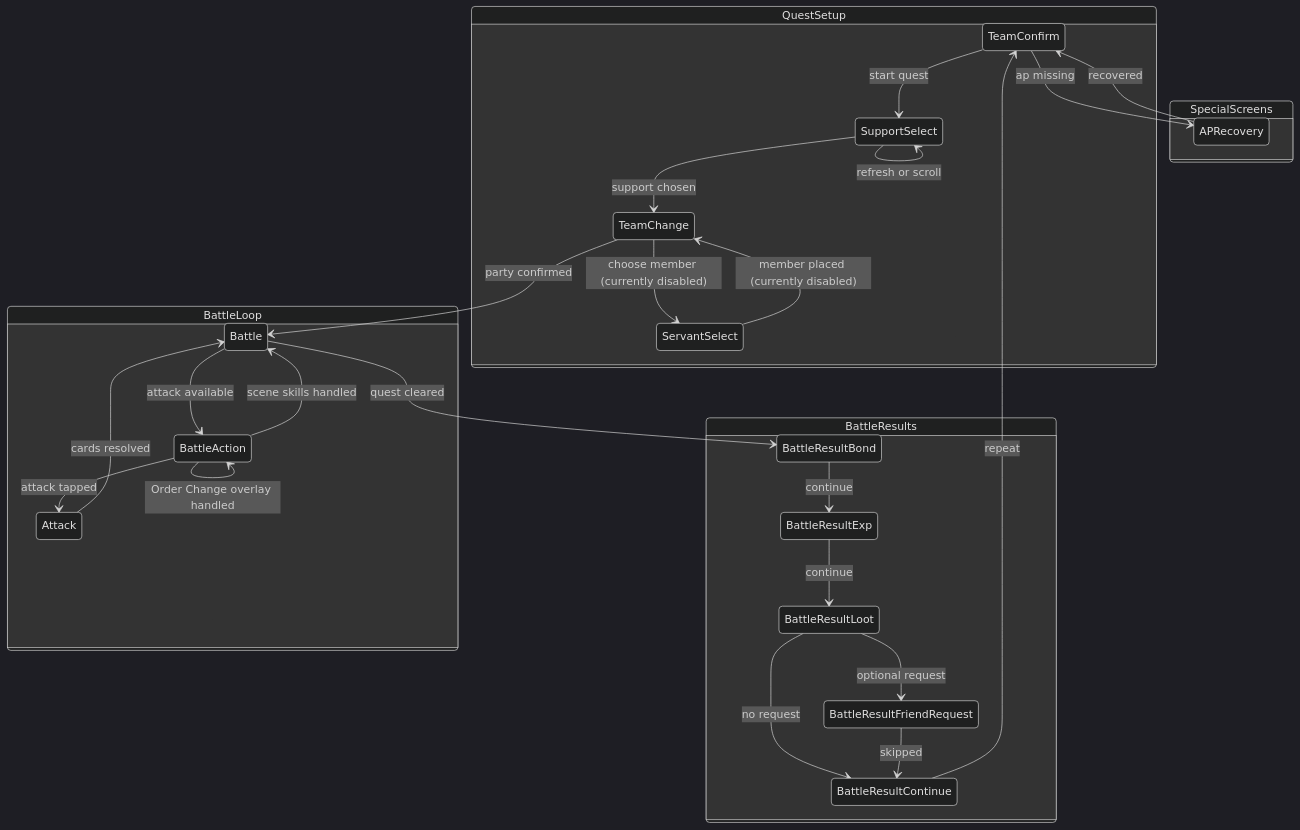
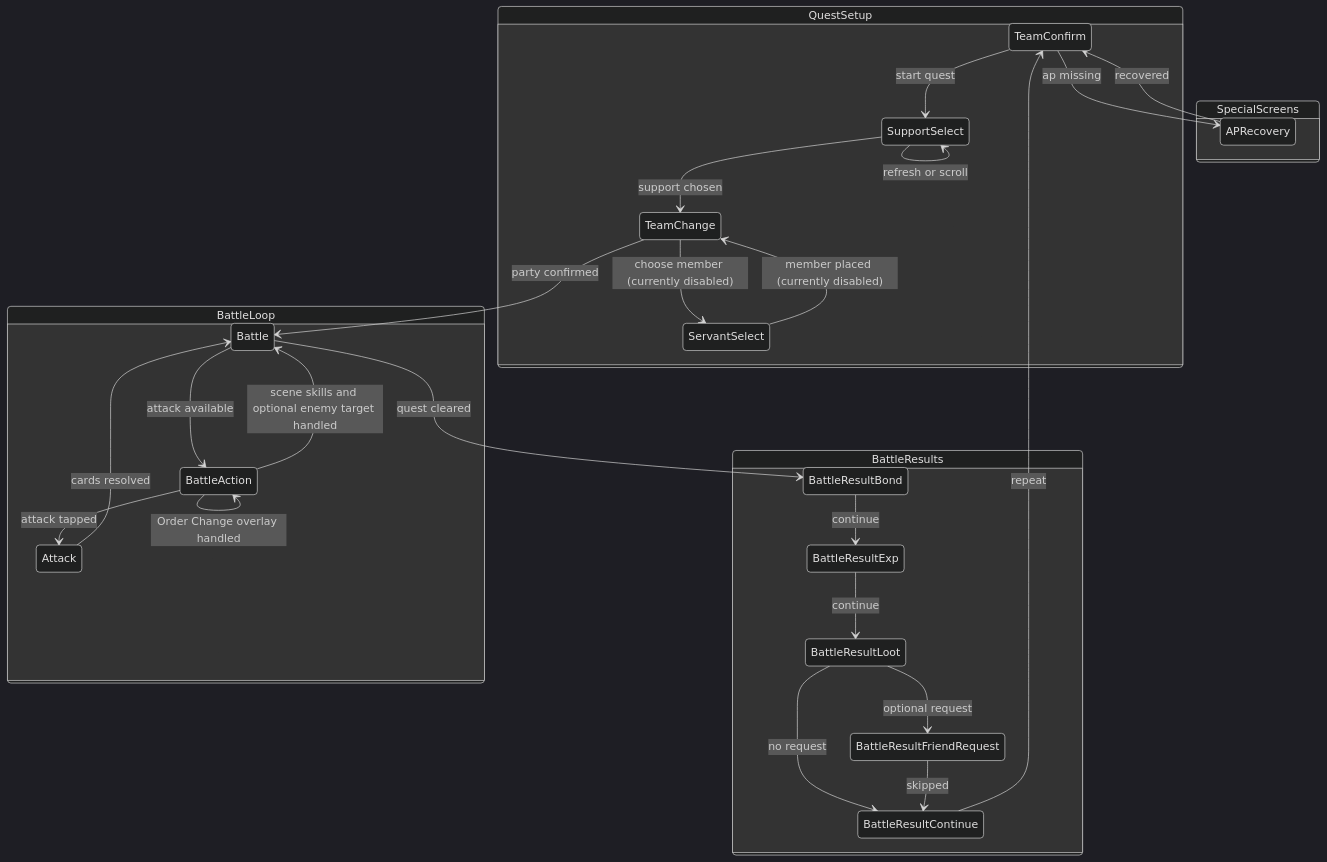
Before and after one commit to ZaiZheTingDun/mash-app: the diagram in docs/state-machines/battle-automation.md, drawn with Mermaid (dark theme). The commit also changed other lines of this file and 7 other files, not shown here.

Commit message:
Add enemy target selection

````diff
--- a/docs/state-machines/battle-automation.md
+++ b/docs/state-machines/battle-automation.md
@@ -7,51 +7,51 @@
 ```mermaid
 stateDiagram-v2
     state QuestSetup {
         TeamConfirm
         SupportSelect
         TeamChange
         ServantSelect
     }
 
     state BattleLoop {
         Battle
         BattleAction
         Attack
     }
 
     state BattleResults {
         BattleResultBond
         BattleResultExp
         BattleResultLoot
         BattleResultFriendRequest
         BattleResultContinue
     }
 
     state SpecialScreens {
         APRecovery
     }
 
     TeamConfirm --> SupportSelect: start quest
     SupportSelect --> TeamChange: support chosen
     SupportSelect --> SupportSelect: refresh or scroll
     TeamChange --> ServantSelect: choose member (currently disabled)
     ServantSelect --> TeamChange: member placed (currently disabled)
     TeamChange --> Battle: party confirmed
 
     Battle --> BattleAction: attack available
-    BattleAction --> Battle: scene skills handled
+    BattleAction --> Battle: scene skills and optional enemy target handled
     BattleAction --> BattleAction: Order Change overlay handled
     BattleAction --> Attack: attack tapped
     Attack --> Battle: cards resolved
 
     Battle --> BattleResultBond: quest cleared
     BattleResultBond --> BattleResultExp: continue
     BattleResultExp --> BattleResultLoot: continue
     BattleResultLoot --> BattleResultFriendRequest: optional request
     BattleResultLoot --> BattleResultContinue: no request
     BattleResultFriendRequest --> BattleResultContinue: skipped
 
     BattleResultContinue --> TeamConfirm: repeat
     TeamConfirm --> APRecovery: ap missing
     APRecovery --> TeamConfirm: recovered
 ```
````
